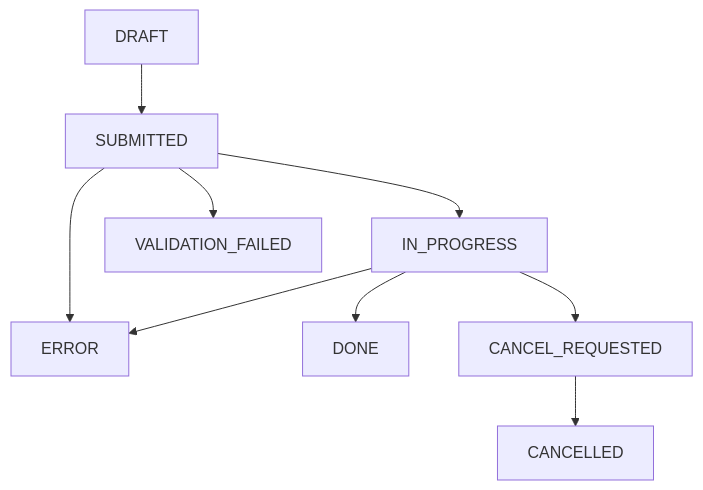
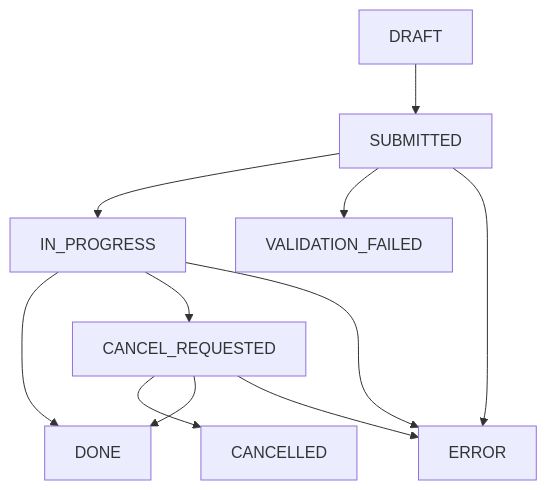
The first of 2 diagrams in ARCHITECTURE.md (oleksiy-sayankin/mdds), drawn with Mermaid before and after one commit. The commit also changed other lines of this file, not shown here.

````diff
--- a/ARCHITECTURE.md
+++ b/ARCHITECTURE.md
@@ -164,11 +167,13 @@
 ```mermaid
 graph TD;
   DRAFT-->SUBMITTED;
   SUBMITTED-->IN_PROGRESS;
   SUBMITTED-->VALIDATION_FAILED;
   SUBMITTED-->ERROR;
   IN_PROGRESS-->DONE;
   IN_PROGRESS-->CANCEL_REQUESTED;
+  IN_PROGRESS-->ERROR;
   CANCEL_REQUESTED-->CANCELLED;
-  IN_PROGRESS-->ERROR;
+  CANCEL_REQUESTED-->DONE;
+  CANCEL_REQUESTED-->ERROR;
 ```
````
